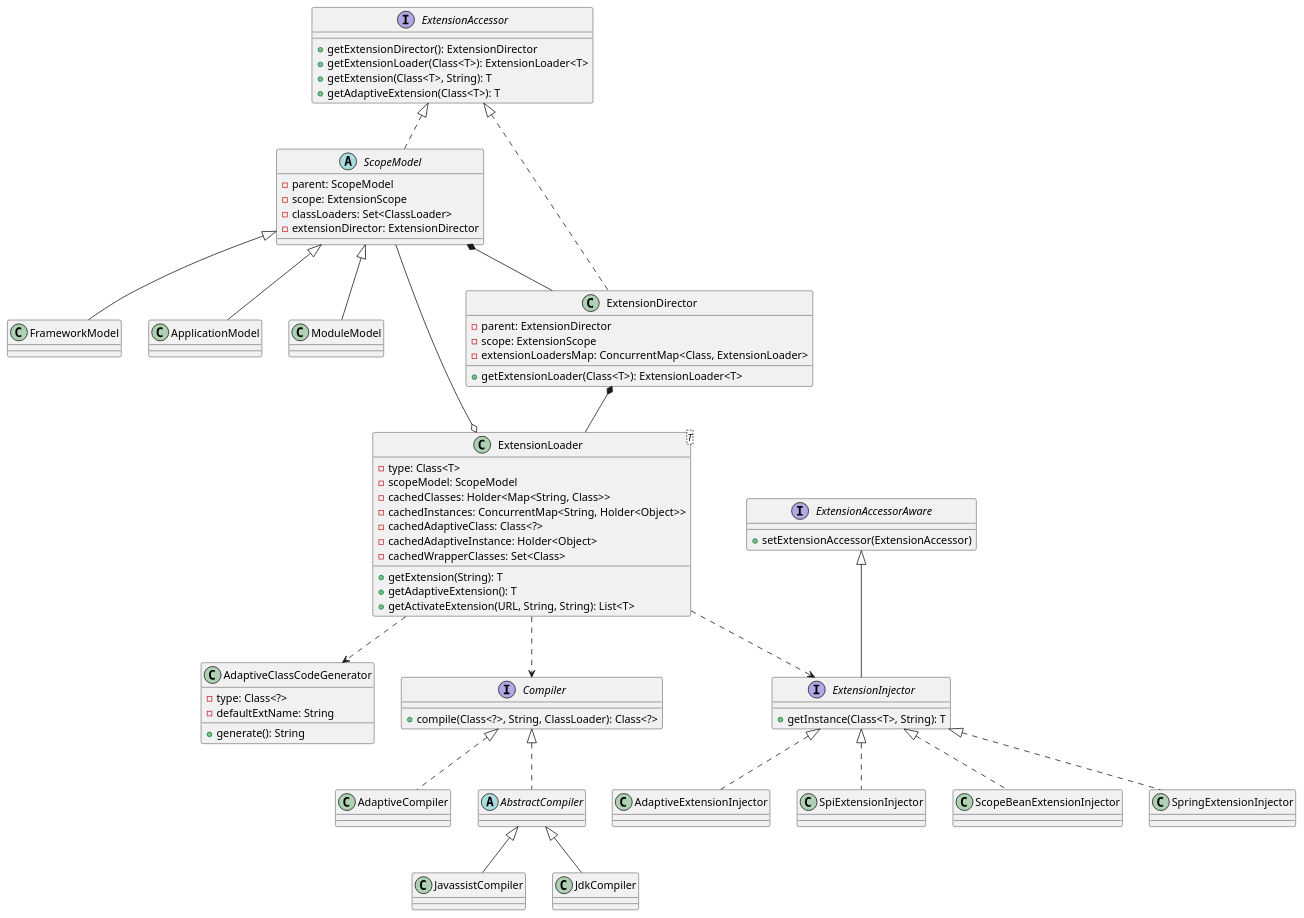
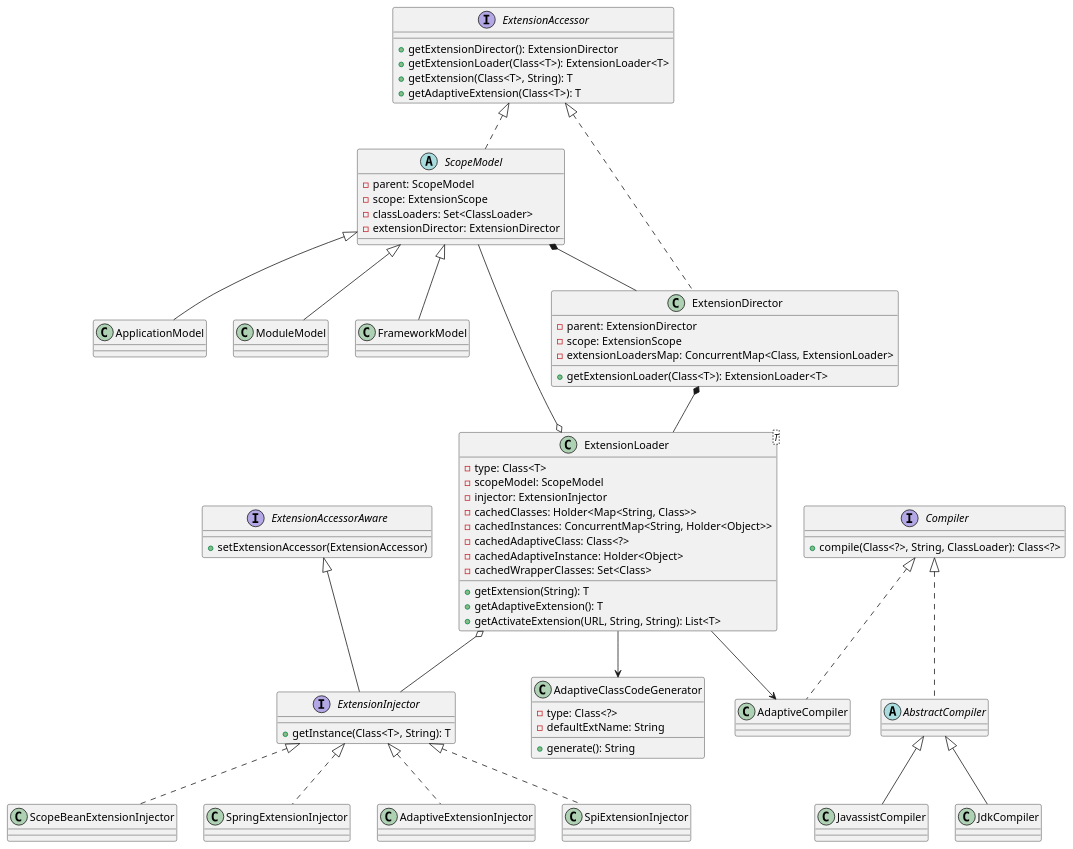
Before and after one commit to kevinwang930/kevinwang930.github.io: the first of 16 diagrams in content/post/network/dubbo/index.md, drawn with PlantUML. The commit also changed other lines of this file, not shown here.

````diff
--- a/content/post/network/dubbo/index.md
+++ b/content/post/network/dubbo/index.md
@@ -95,74 +95,75 @@
 ```plantuml
 @startuml
 top to bottom direction
 
 interface ExtensionAccessor {
   + getExtensionDirector(): ExtensionDirector
   + getExtensionLoader(Class<T>): ExtensionLoader<T>
   + getExtension(Class<T>, String): T
   + getAdaptiveExtension(Class<T>): T
 }
 
 abstract class ScopeModel implements ExtensionAccessor {
   - parent: ScopeModel
   - scope: ExtensionScope
   - classLoaders: Set<ClassLoader>
   - extensionDirector: ExtensionDirector
 }
 class FrameworkModel extends ScopeModel
 class ApplicationModel extends ScopeModel
 class ModuleModel extends ScopeModel
 
 class ExtensionDirector implements ExtensionAccessor {
   - parent: ExtensionDirector
   - scope: ExtensionScope
   - extensionLoadersMap: ConcurrentMap<Class, ExtensionLoader>
   + getExtensionLoader(Class<T>): ExtensionLoader<T>
 }
 
 class ExtensionLoader<T> {
   - type: Class<T>
   - scopeModel: ScopeModel
+  - injector: ExtensionInjector
   - cachedClasses: Holder<Map<String, Class>>
   - cachedInstances: ConcurrentMap<String, Holder<Object>>
   - cachedAdaptiveClass: Class<?>
   - cachedAdaptiveInstance: Holder<Object>
   - cachedWrapperClasses: Set<Class>
   + getExtension(String): T
   + getAdaptiveExtension(): T
   + getActivateExtension(URL, String, String): List<T>
 }
 
 class AdaptiveClassCodeGenerator {
   - type: Class<?>
   - defaultExtName: String
   + generate(): String
 }
 
 interface Compiler {
   + compile(Class<?>, String, ClassLoader): Class<?>
 }
 class AdaptiveCompiler implements Compiler
 abstract class AbstractCompiler implements Compiler
 class JavassistCompiler extends AbstractCompiler
 class JdkCompiler extends AbstractCompiler
 
 interface ExtensionAccessorAware {
   + setExtensionAccessor(ExtensionAccessor)
 }
 interface ExtensionInjector extends ExtensionAccessorAware {
   + getInstance(Class<T>, String): T
 }
 class AdaptiveExtensionInjector implements ExtensionInjector
 class SpiExtensionInjector implements ExtensionInjector
 class ScopeBeanExtensionInjector implements ExtensionInjector
 class SpringExtensionInjector implements ExtensionInjector
 
 ScopeModel *-- ExtensionDirector
 ExtensionDirector *-- ExtensionLoader
 ScopeModel --o ExtensionLoader
-ExtensionLoader ..> AdaptiveClassCodeGenerator
-ExtensionLoader ..> Compiler
-ExtensionLoader ..> ExtensionInjector
+ExtensionLoader o-- ExtensionInjector
+ExtensionLoader --> AdaptiveClassCodeGenerator
+ExtensionLoader --> AdaptiveCompiler
 @enduml
 ```
````
